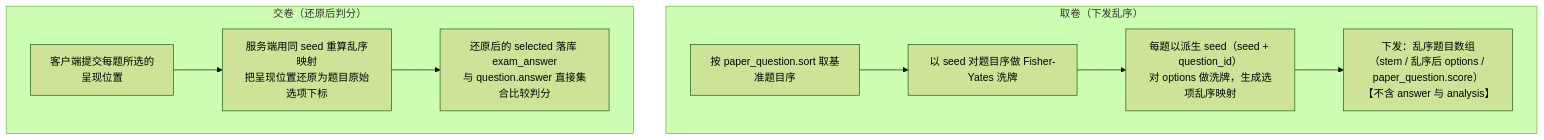
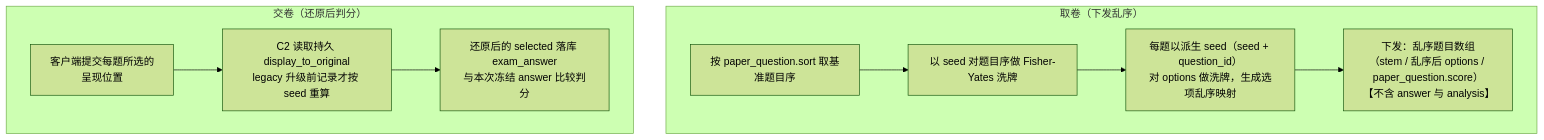
One commit to caoguanjie/emodor-exam changed diagram 18 of 19 in docs/design/05-模块设计.md. Above: the diagram before and after it, drawn with Mermaid (forest theme). The commit also changed other lines of this file and 19 other files, not shown here.

````diff
--- a/docs/design/05-模块设计.md
+++ b/docs/design/05-模块设计.md
@@ -1184,12 +1190,12 @@
 ```mermaid
 flowchart TB
     subgraph DOWN["取卷（下发乱序）"]
         P1["按 paper_question.sort 取基准题目序"] --> P2["以 seed 对题目序做 Fisher-Yates 洗牌"]
         P2 --> P3["每题以派生 seed（seed + question_id）<br/>对 options 做洗牌，生成选项乱序映射"]
         P3 --> P4["下发：乱序题目数组<br/>（stem / 乱序后 options / paper_question.score）<br/>【不含 answer 与 analysis】"]
     end
     subgraph GRADE2["交卷（还原后判分）"]
-        Q1["客户端提交每题所选的<br/>呈现位置"] --> Q2["服务端用同 seed 重算乱序映射<br/>把呈现位置还原为题目原始选项下标"]
-        Q2 --> Q3["还原后的 selected 落库 exam_answer<br/>与 question.answer 直接集合比较判分"]
+        Q1["客户端提交每题所选的<br/>呈现位置"] --> Q2["C2 读取持久 display_to_original<br/>legacy 升级前记录才按 seed 重算"]
+        Q2 --> Q3["还原后的 selected 落库 exam_answer<br/>与本次冻结 answer 比较判分"]
     end
 ```
````
